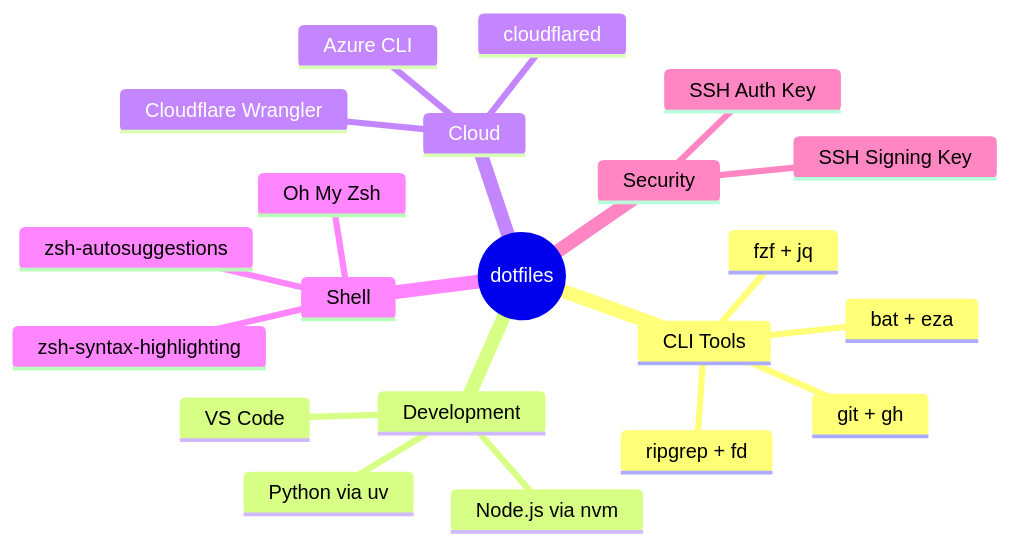
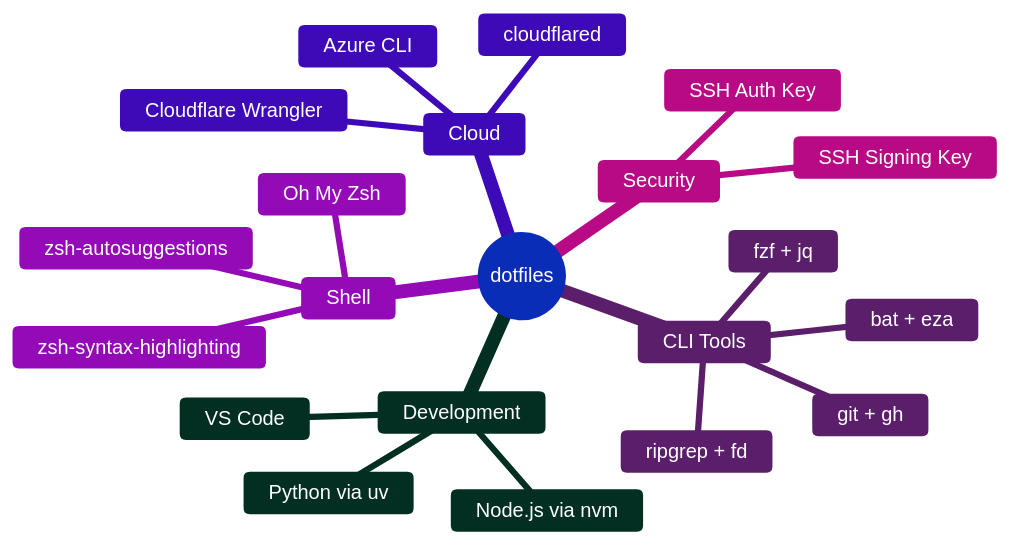
The second of 5 diagrams in README.md (jamesfdavis/dotfiles), drawn with Mermaid before and after one commit.

Commit message:
Add mermaid diagram for installed CLI tools
Added mermaid diagram for CLI tools in README.

````diff
--- a/README.md
+++ b/README.md
@@ -52,24 +52,25 @@
 ```mermaid
+%%{init: {'theme': 'base', 'themeVariables': { 'primaryColor': '#4c6ef5', 'primaryTextColor': '#fff', 'primaryBorderColor': '#364fc7', 'lineColor': '#868e96', 'secondaryColor': '#ae3ec9', 'tertiaryColor': '#0ca678' }}}%%
 mindmap
   root((dotfiles))
     CLI Tools
       git + gh
       ripgrep + fd
       fzf + jq
       bat + eza
     Development
       Node.js via nvm
       Python via uv
       VS Code
     Cloud
       Cloudflare Wrangler
       Azure CLI
       cloudflared
     Shell
       Oh My Zsh
       zsh-autosuggestions
       zsh-syntax-highlighting
     Security
       SSH Auth Key
       SSH Signing Key
 ```
````
